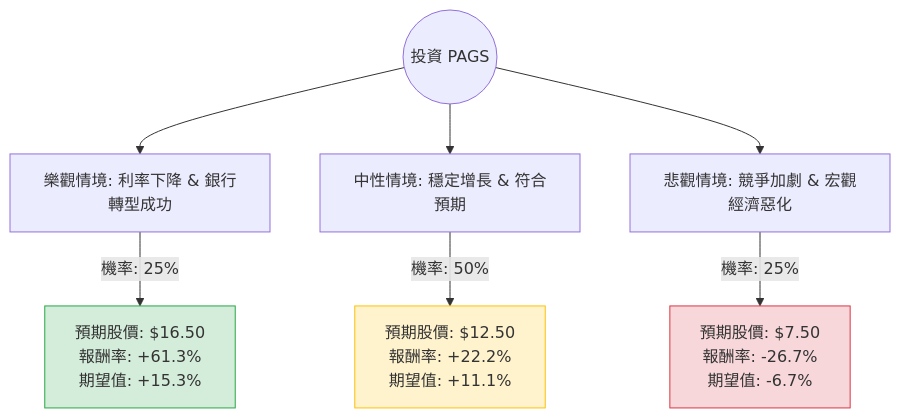
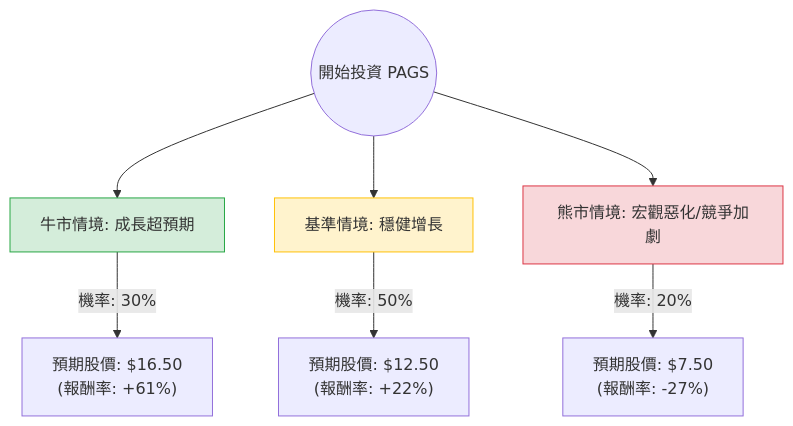
One commit to zmcx16/zmcx16.github.io changed the diagram in plugin-react/ai-analysis/ev-analysis/PAGS.md. Above: the diagram before and after it, drawn with Mermaid. The commit also changed other lines of this file and 81 other files, not shown here.

````diff
--- a/plugin-react/ai-analysis/ev-analysis/PAGS.md
+++ b/plugin-react/ai-analysis/ev-analysis/PAGS.md
@@ -9,14 +20,14 @@
 ```mermaid
 graph TD
-    Start((投資 PAGS)) --> Bull[樂觀情境: 利率下降 & 銀行轉型成功]
-    Start --> Base[中性情境: 穩定增長 & 符合預期]
-    Start --> Bear[悲觀情境: 競爭加劇 & 宏觀經濟惡化]
+    Start((開始投資 PAGS)) --> Bull[牛市情境: 成長超預期]
+    Start --> Base[基準情境: 穩健增長]
+    Start --> Bear[熊市情境: 宏觀惡化/競爭加劇]
 
-    Bull -- "機率: 25%" --> BullVal["預期股價: $16.50<br/>報酬率: +61.3%<br/>期望值: +15.3%"]
-    Base -- "機率: 50%" --> BaseVal["預期股價: $12.50<br/>報酬率: +22.2%<br/>期望值: +11.1%"]
-    Bear -- "機率: 25%" --> BearVal["預期股價: $7.50<br/>報酬率: -26.7%<br/>期望值: -6.7%"]
+    Bull -- "機率: 30%" --> BullResult["預期股價: $16.50 <br/> (報酬率: +61%)"]
+    Base -- "機率: 50%" --> BaseResult["預期股價: $12.50 <br/> (報酬率: +22%)"]
+    Bear -- "機率: 20%" --> BearResult["預期股價: $7.50 <br/> (報酬率: -27%)"]
 
-    style BullVal fill:#d4edda,stroke:#28a745
-    style BaseVal fill:#fff3cd,stroke:#ffc107
-    style BearVal fill:#f8d7da,stroke:#dc3545
+    style Bull fill:#d4edda,stroke:#28a745
+    style Base fill:#fff3cd,stroke:#ffc107
+    style Bear fill:#f8d7da,stroke:#dc3545
 ```
````
